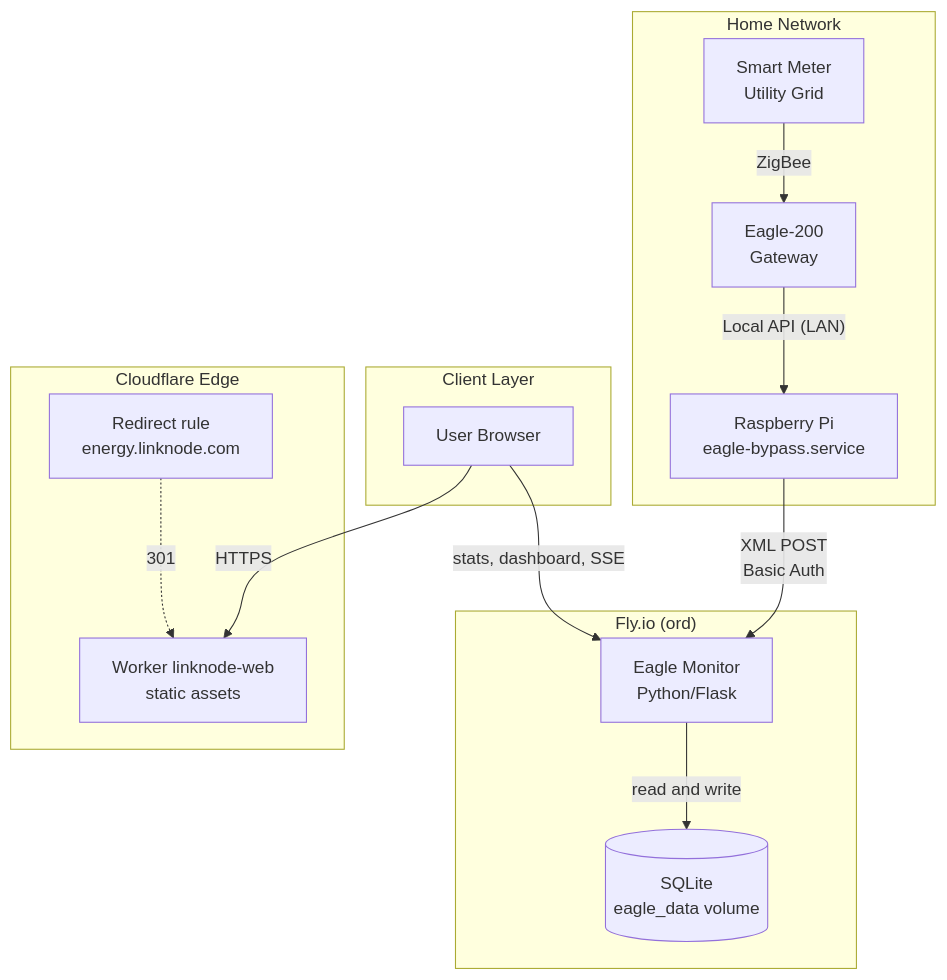
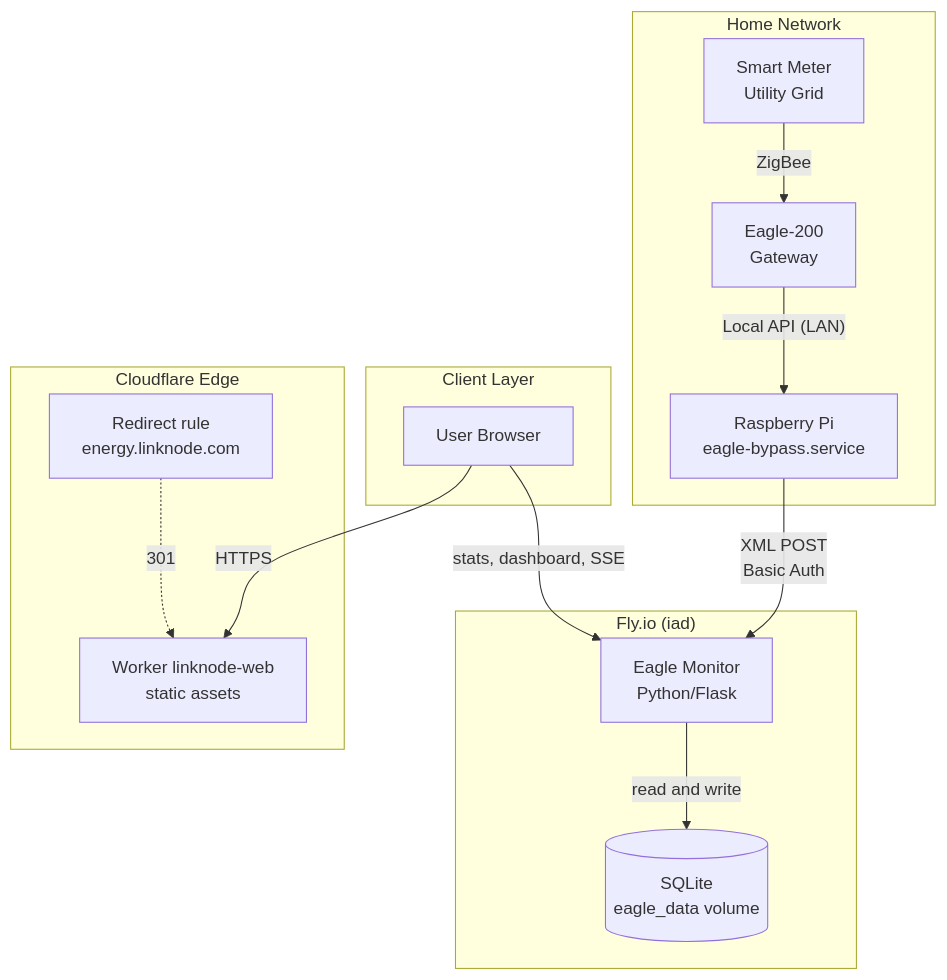
Before and after one commit to murr2k/linknode-com: the first of 9 diagrams in docs/THEORY_OF_OPERATION.md, drawn with Mermaid. The commit also changed other lines of this file and 7 other files, not shown here.

First line of the commit message:
infra(eagle-monitor): move from ord to iad

````diff
--- a/docs/THEORY_OF_OPERATION.md
+++ b/docs/THEORY_OF_OPERATION.md
@@ -27,25 +27,25 @@
 ```mermaid
 graph TB
     subgraph "Home Network"
         SM["Smart Meter<br/>Utility Grid"] -->|ZigBee| E200["Eagle-200<br/>Gateway"]
         E200 -->|"Local API (LAN)"| PI["Raspberry Pi<br/>eagle-bypass.service"]
     end
 
-    subgraph "Fly.io (ord)"
+    subgraph "Fly.io (iad)"
         EM["Eagle Monitor<br/>Python/Flask"] -->|"read and write"| DB[("SQLite<br/>eagle_data volume")]
     end
 
     subgraph "Cloudflare Edge"
         WEB["Worker linknode-web<br/>static assets"]
         RR["Redirect rule<br/>energy.linknode.com"]
     end
 
     subgraph "Client Layer"
         USER["User Browser"]
     end
 
     PI -->|"XML POST<br/>Basic Auth"| EM
     USER -->|HTTPS| WEB
     USER -->|"stats, dashboard, SSE"| EM
     RR -.->|301| WEB
 ```
````
